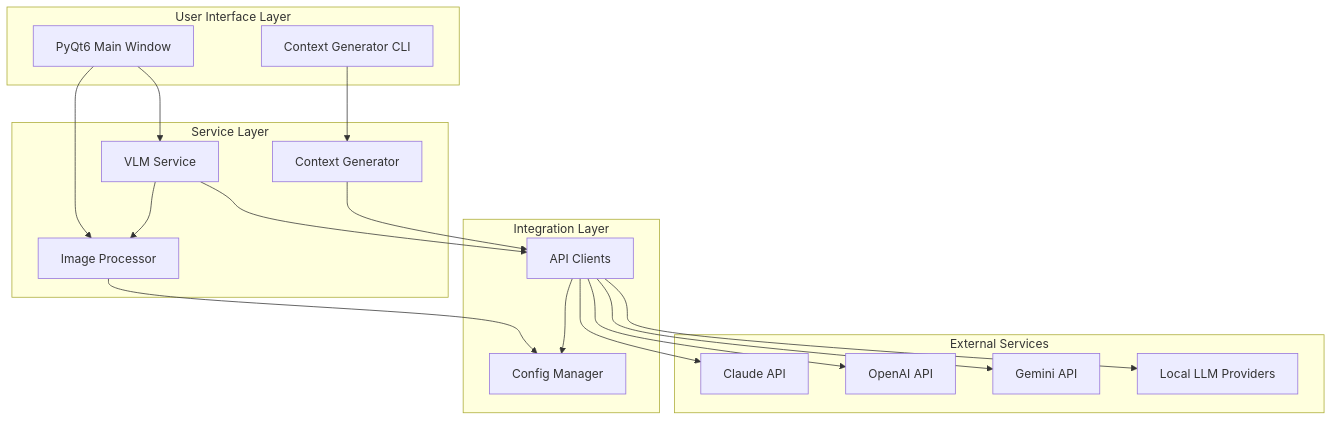
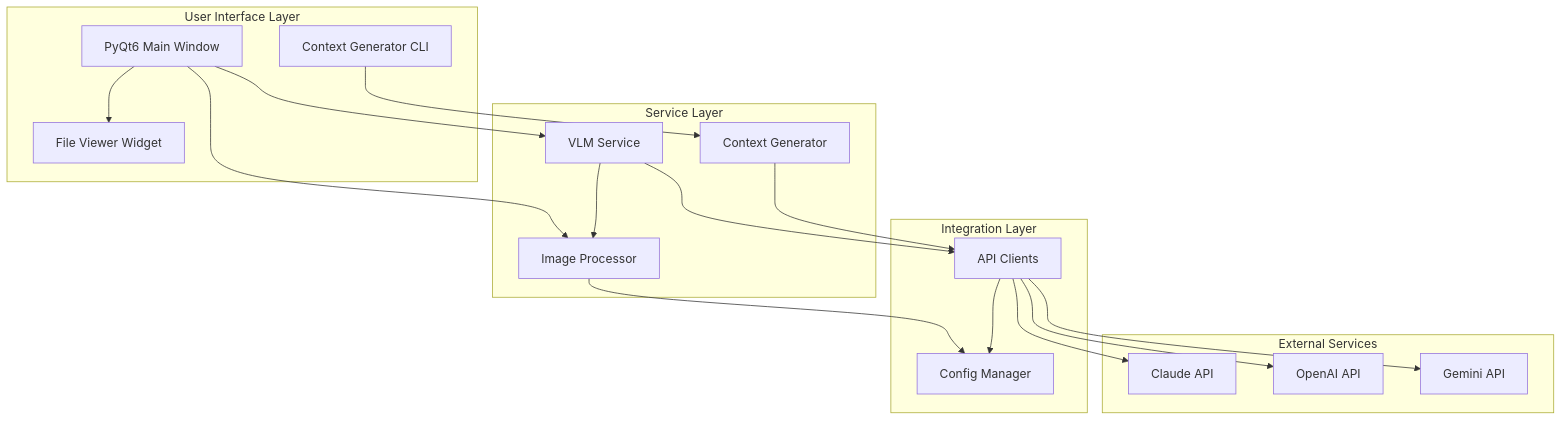
Before and after one commit to anqixu/scanned_document_filer: the first of 3 diagrams in llms/pr.md, drawn with Mermaid. The commit also changed other lines of this file and 15 other files, not shown here.

````diff
--- a/llms/pr.md
+++ b/llms/pr.md
@@ -56,38 +82,38 @@
 ```mermaid
 graph TB
     subgraph "User Interface Layer"
         GUI[PyQt6 Main Window]
+        VIEWER[File Viewer Widget]
         CLI[Context Generator CLI]
     end
 
     subgraph "Service Layer"
         VLM[VLM Service]
         IMG[Image Processor]
         CTX[Context Generator]
     end
 
     subgraph "Integration Layer"
         API[API Clients]
         CFG[Config Manager]
     end
 
     subgraph "External Services"
         CLAUDE[Claude API]
         GPT[OpenAI API]
         GEMINI[Gemini API]
-        LOCAL[Local LLM Providers]
     end
 
+    GUI --> VIEWER
     GUI --> VLM
     GUI --> IMG
     CLI --> CTX
     VLM --> API
     VLM --> IMG
     CTX --> API
     IMG --> CFG
     API --> CFG
     API --> CLAUDE
     API --> GPT
     API --> GEMINI
-    API --> LOCAL
 ```
````
